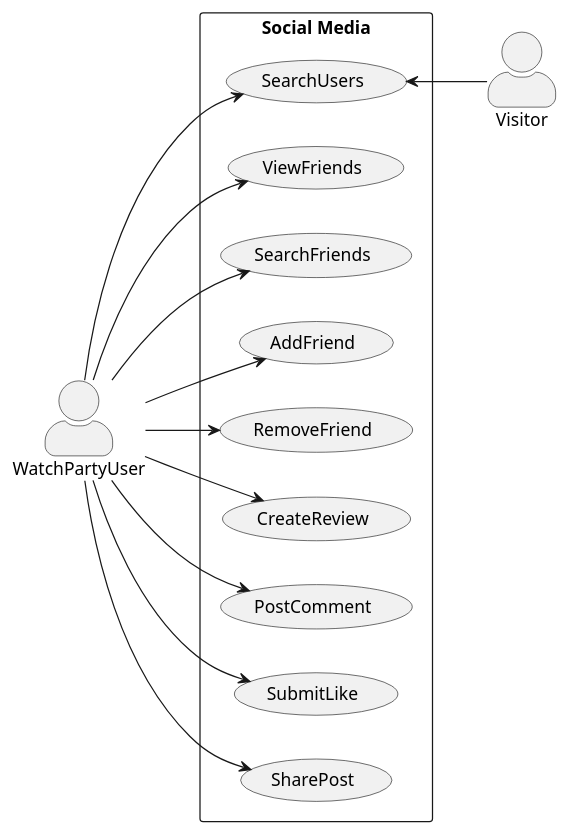
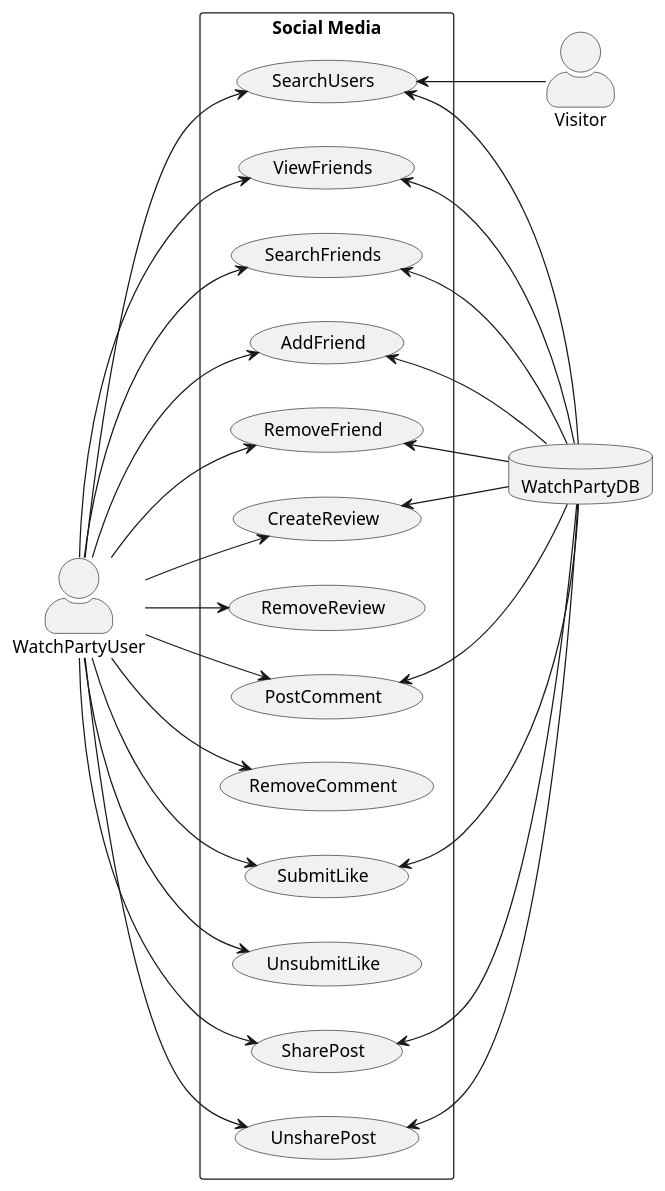
Before and after one commit to mondoyanez/SeniorProjectCaimanLizard: the diagram in Project Inception/Usecases/Social Media/SocialMedia.plantuml, drawn with PlantUML. The commit also changed 2 other files, not shown here.

Commit message:
added UserAuthentication usecase and added database for previous usecases

```diff
--- a/Project Inception/Usecases/Social Media/SocialMedia.plantuml
+++ b/Project Inception/Usecases/Social Media/SocialMedia.plantuml
@@ -1,35 +1,53 @@
 @startuml WatchPartyUseCase
 
 left to right direction
 skinparam actorStyle awesome
 
 actor WatchPartyUser
 actor Visitor
+database WatchPartyDB
 
 rectangle "Social Media" {
     usecase "SearchUsers"
     usecase "ViewFriends"
     usecase "SearchFriends"
     usecase "AddFriend"
     usecase "RemoveFriend"
     usecase "CreateReview"
+    usecase "RemoveReview"
     usecase "PostComment"
+    usecase "RemoveComment"
     usecase "SubmitLike"
+    usecase "UnsubmitLike"
     usecase "SharePost"
+    usecase "UnsharePost"
 }
 
 WatchPartyUser --> SearchUsers
 WatchPartyUser --> ViewFriends
 WatchPartyUser --> SearchFriends
 WatchPartyUser --> AddFriend
 WatchPartyUser --> RemoveFriend
 WatchPartyUser --> CreateReview
+WatchPartyUser --> RemoveReview
 WatchPartyUser --> PostComment
+WatchPartyUser --> RemoveComment
 WatchPartyUser --> SubmitLike
+WatchPartyUser --> UnsubmitLike
 WatchPartyUser --> SharePost
+WatchPartyUser --> UnsharePost
 
 SearchUsers <-- Visitor
 
-
+SearchUsers <-- WatchPartyDB
+ViewFriends <-- WatchPartyDB
+SearchFriends <-- WatchPartyDB
+AddFriend <-- WatchPartyDB
+RemoveFriend <-- WatchPartyDB
+CreateReview <-- WatchPartyDB
+PostComment <-- WatchPartyDB
+SubmitLike <-- WatchPartyDB
+SharePost <-- WatchPartyDB
+UnsharePost <-- WatchPartyDB
 
 @enduml
```
